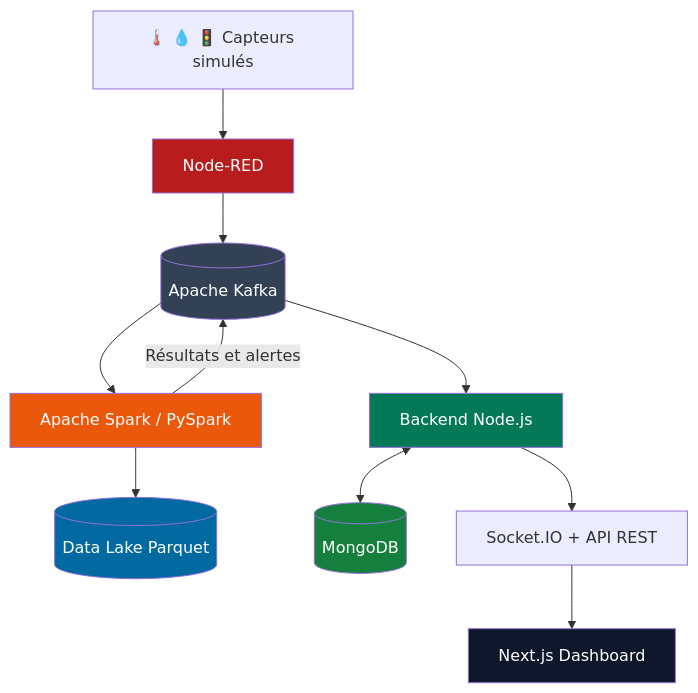
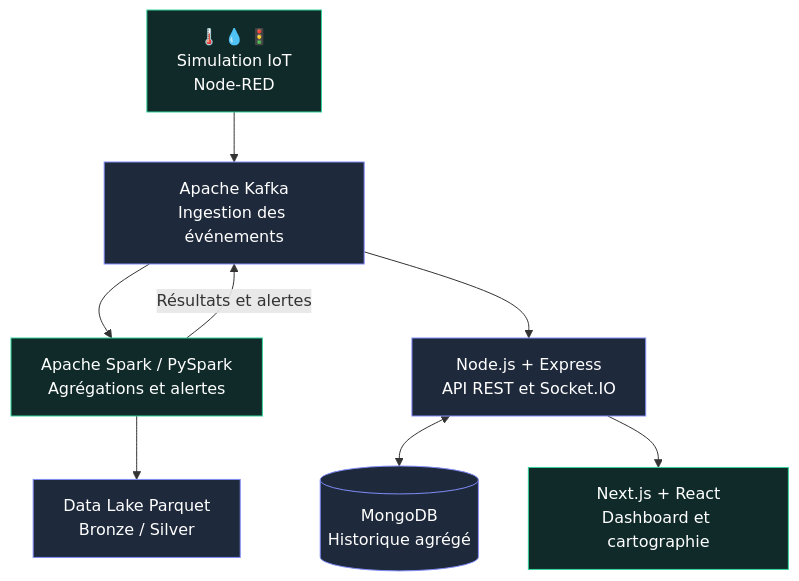
One commit to ayyoubecharkaouy/smart-city changed the diagram in README.md. Above: the diagram before and after it, drawn with Mermaid. The commit also changed other lines of this file, not shown here.

````diff
--- a/README.md
+++ b/README.md
@@ -156,30 +141,26 @@
 ```mermaid
 flowchart TD
-    A["🌡️ 💧 🚦 Capteurs simulés"]
-    B["Node-RED"]
-    C[("Apache Kafka")]
-    D["Apache Spark / PySpark"]
-    E[("Data Lake Parquet")]
-    F["Backend Node.js"]
-    G[("MongoDB")]
-    H["Socket.IO + API REST"]
-    I["Next.js Dashboard"]
+    A["🌡️ 💧 🚦<br/>Simulation IoT<br/>Node-RED"]
+    B["Apache Kafka<br/>Ingestion des événements"]
+    C["Apache Spark / PySpark<br/>Agrégations et alertes"]
+    D["Data Lake Parquet<br/>Bronze / Silver"]
+    E["Node.js + Express<br/>API REST et Socket.IO"]
+    F[("MongoDB<br/>Historique agrégé")]
+    G["Next.js + React<br/>Dashboard et cartographie"]
 
     A --> B
     B --> C
+    C -->|"Résultats et alertes"| B
     C --> D
-    C --> F
-    D -->|"Résultats et alertes"| C
-    D --> E
-    F <--> G
-    F --> H
-    H --> I
+    B --> E
+    E <--> F
+    E --> G
 
-    style B fill:#b91c1c,color:#fff
-    style C fill:#334155,color:#fff
-    style D fill:#ea580c,color:#fff
-    style E fill:#0369a1,color:#fff
-    style F fill:#047857,color:#fff
-    style G fill:#15803d,color:#fff
-    style I fill:#0f172a,color:#fff
+    style A fill:#102a2a,stroke:#34d399,color:#fff
+    style B fill:#1e293b,stroke:#818cf8,color:#fff
+    style C fill:#102a2a,stroke:#34d399,color:#fff
+    style D fill:#1e293b,stroke:#818cf8,color:#fff
+    style E fill:#1e293b,stroke:#818cf8,color:#fff
+    style F fill:#1e293b,stroke:#818cf8,color:#fff
+    style G fill:#102a2a,stroke:#34d399,color:#fff
 ```
````
